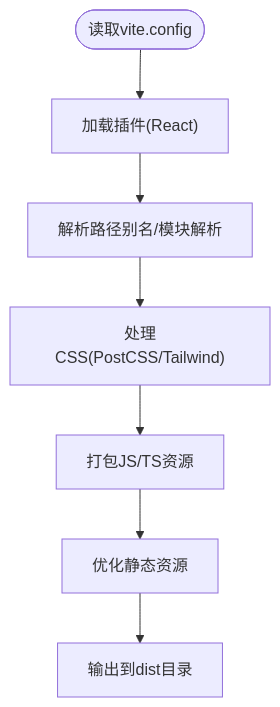
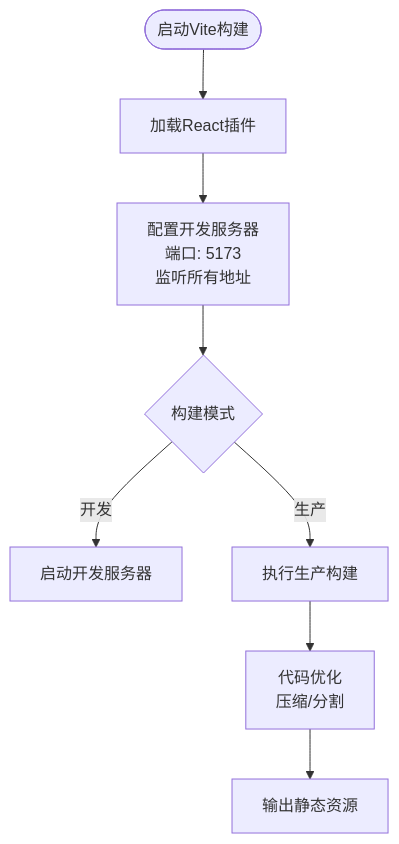
One commit to xianjianshenqu/SalesFlow-CRM changed the third of 6 diagrams in .qoder/repowiki/zh/content/部署指南.md. Above: the diagram before and after it, drawn with Mermaid. The commit also changed other lines of this file and 17 other files, not shown here.

````diff
--- a/.qoder/repowiki/zh/content/部署指南.md
+++ b/.qoder/repowiki/zh/content/部署指南.md
@@ -132,9 +151,10 @@
 ```mermaid
 flowchart TD
-Start(["读取vite.config"]) --> LoadPlugins["加载插件(React)"]
-LoadPlugins --> ResolveAlias["解析路径别名/模块解析"]
-ResolveAlias --> TransformCSS["处理CSS(PostCSS/Tailwind)"]
-TransformCSS --> BundleJS["打包JS/TS资源"]
-BundleJS --> OptimizeAssets["优化静态资源"]
-OptimizeAssets --> EmitDist["输出到dist目录"]
+Start(["启动Vite构建"]) --> LoadPlugins["加载React插件"]
+LoadPlugins --> ServerConfig["配置开发服务器<br/>端口: 5173<br/>监听所有地址"]
+ServerConfig --> BuildMode{"构建模式"}
+BuildMode --> |开发| DevServer["启动开发服务器"]
+BuildMode --> |生产| ProdBuild["执行生产构建"]
+ProdBuild --> Optimize["代码优化<br/>压缩/分割"]
+Optimize --> Output["输出静态资源"]
 ```
````
